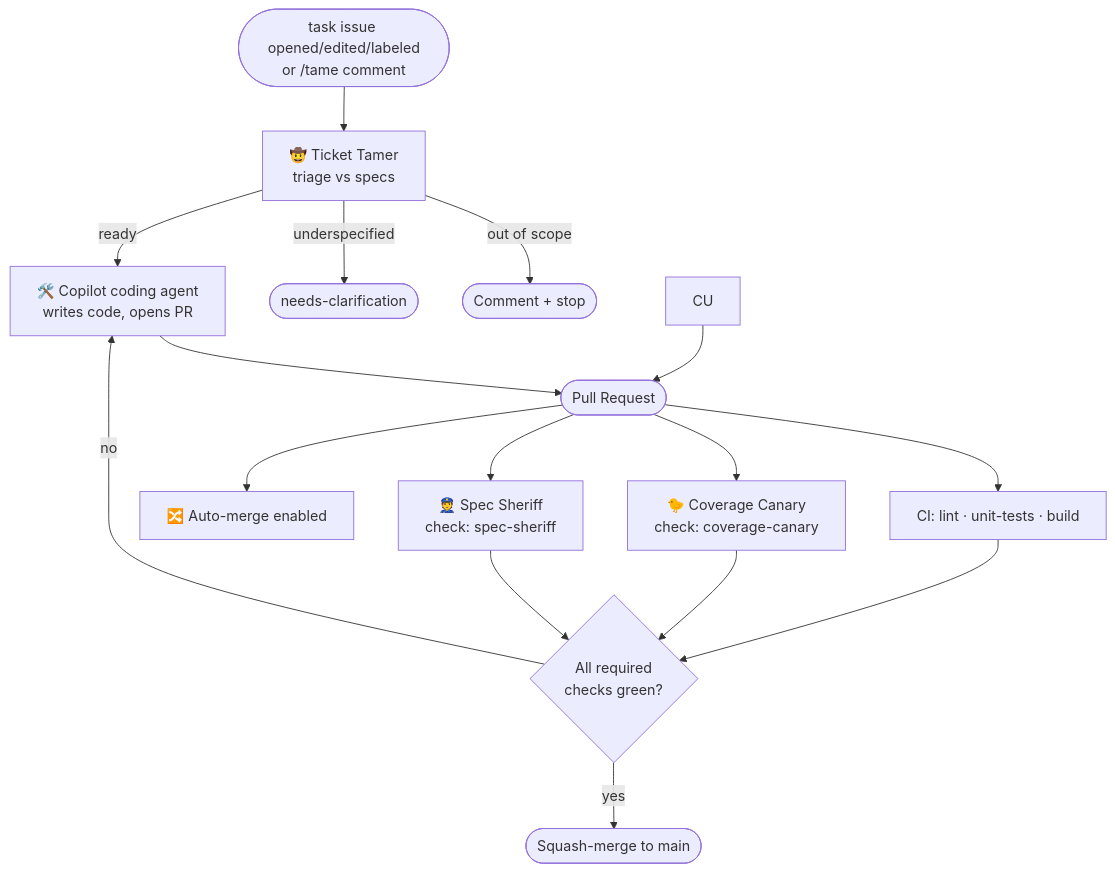
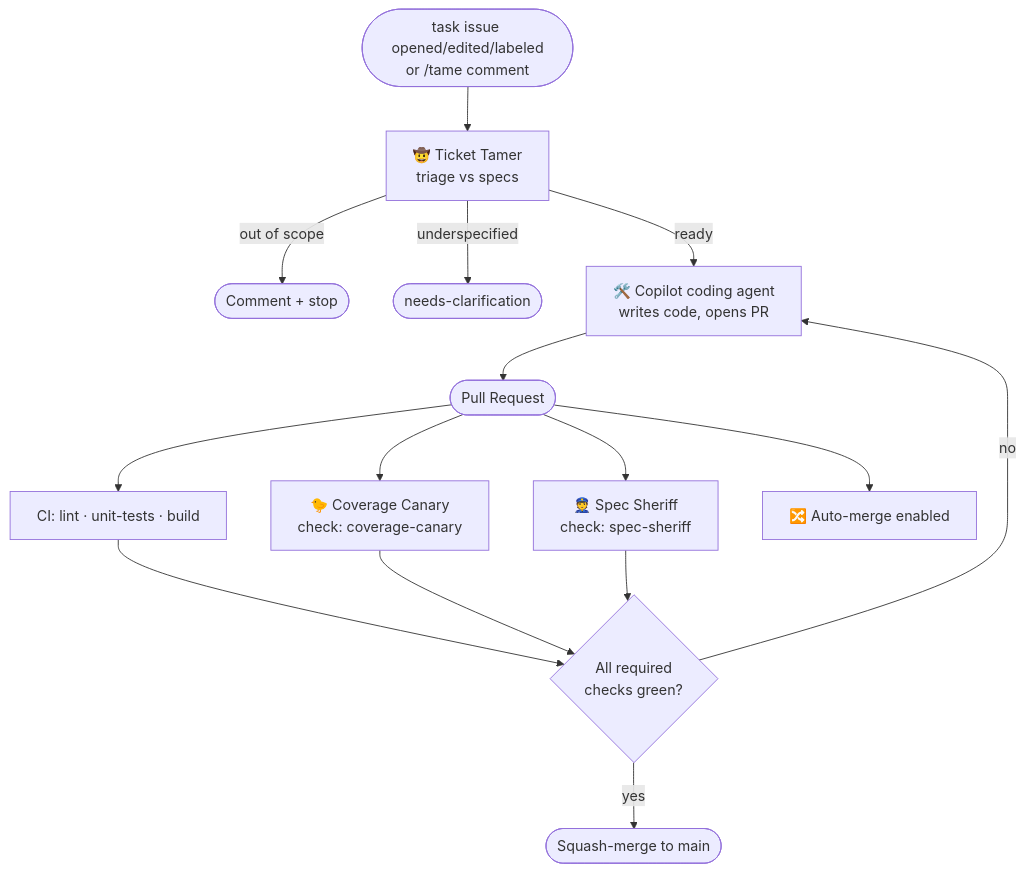
The diagram in docs/agentic-workflows.md (lfarci/loganfarci.com), drawn with Mermaid before and after one commit.

Commit message:
Clean up merge workflow references

````diff
--- a/docs/agentic-workflows.md
+++ b/docs/agentic-workflows.md
@@ -23,18 +23,17 @@
 ```mermaid
 flowchart TD
     I([task issue opened/edited/labeled<br/>or /tame comment]) --> TT[🤠 Ticket Tamer<br/>triage vs specs]
     TT -- out of scope --> X([Comment + stop])
     TT -- underspecified --> NC([needs-clarification])
     TT -- ready --> COP[🛠️ Copilot coding agent<br/>writes code, opens PR]
     COP --> PR([Pull Request])
     PR --> CI[CI: lint · unit-tests · build]
     PR --> CC[🐤 Coverage Canary<br/>check: coverage-canary]
     PR --> SS[👮 Spec Sheriff<br/>check: spec-sheriff]
     PR --> AM[🔀 Auto-merge enabled]
-    CU --> PR
     CI --> G{All required<br/>checks green?}
     CC --> G
     SS --> G
     G -- yes --> M([Squash-merge to main])
     G -- no --> COP
 ```
````
